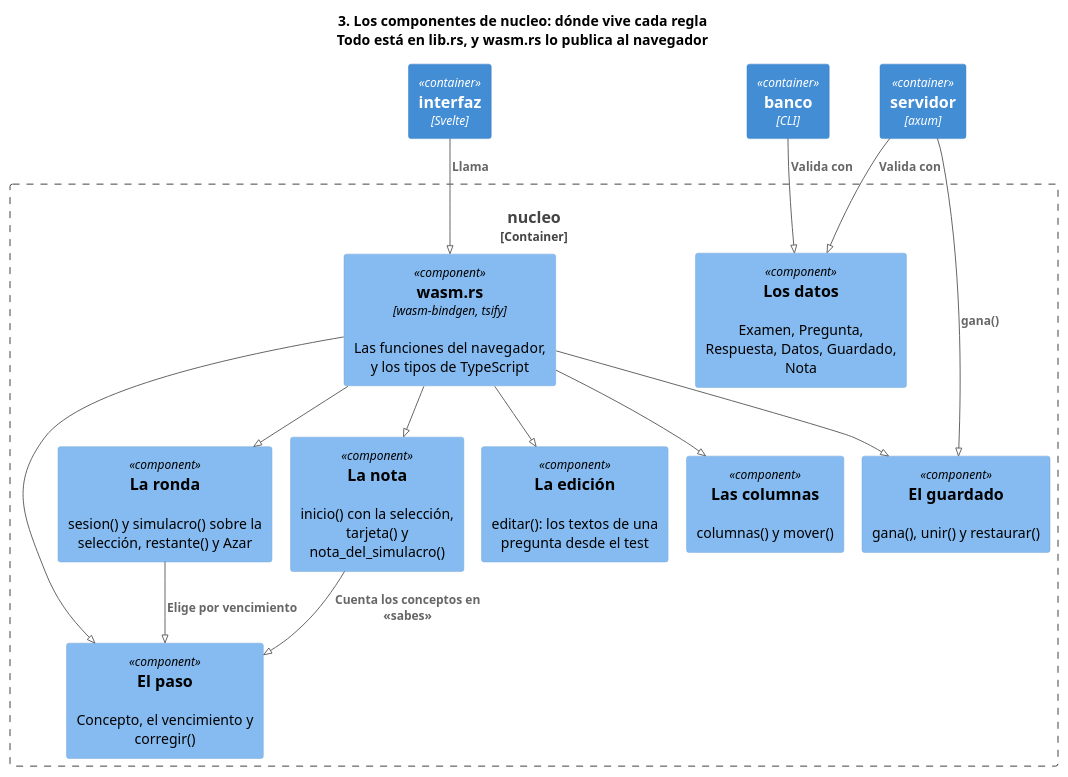
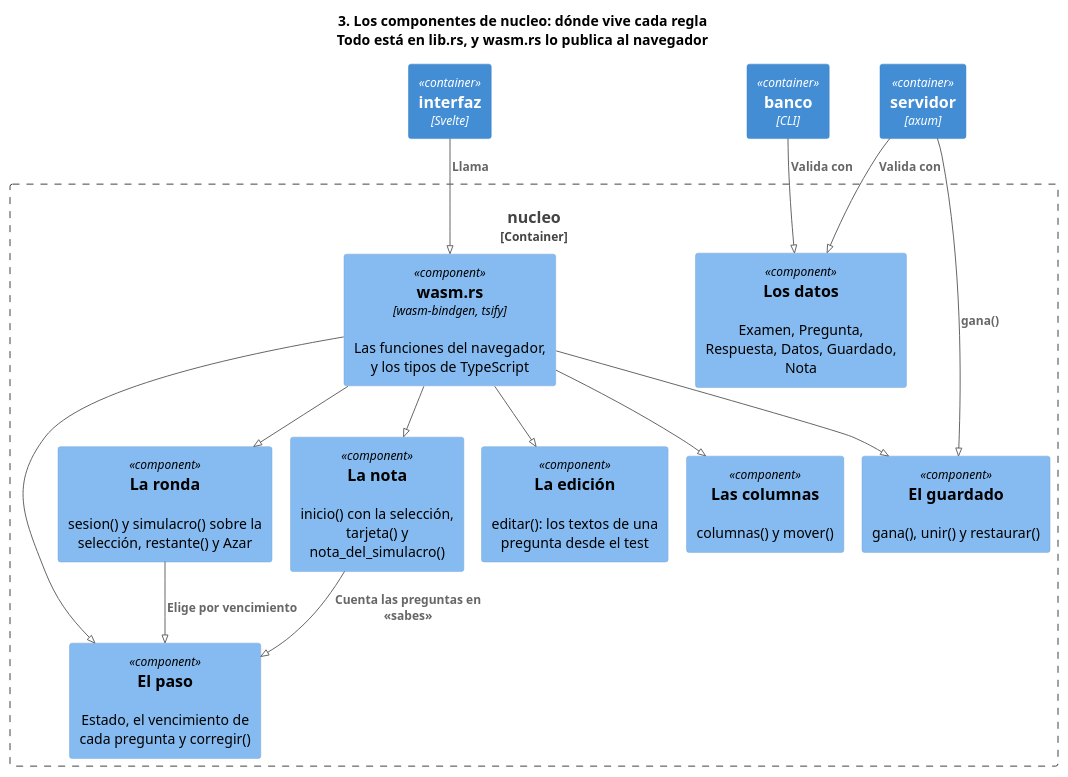
One commit to jfdg01/examenes changed the diagram in docs/diagramas/3-nucleo.puml. Above: the diagram before and after it, drawn with PlantUML. The commit also changed 3 other files, not shown here.

First line of the commit message:
feat: el paso es de la pregunta

```diff
--- a/docs/diagramas/3-nucleo.puml
+++ b/docs/diagramas/3-nucleo.puml
@@ -1,33 +1,33 @@
 @startuml 3-nucleo
 !pragma layout smetana
 !include <C4/C4_Component>
 title 3. Los componentes de nucleo: dónde vive cada regla\nTodo está en lib.rs, y wasm.rs lo publica al navegador
 
 Container(interfaz, "interfaz", "Svelte")
 Container(servidor, "servidor", "axum")
 Container(banco, "banco", "CLI")
 
 Container_Boundary(nucleo, "nucleo") {
   Component(wasm, "wasm.rs", "wasm-bindgen, tsify", "Las funciones del navegador, y los tipos de TypeScript")
   Component(tipos, "Los datos", "", "Examen, Pregunta, Respuesta, Datos, Guardado, Nota")
-  Component(paso, "El paso", "", "Concepto, el vencimiento y corregir()")
+  Component(paso, "El paso", "", "Estado, el vencimiento de cada pregunta y corregir()")
   Component(ronda, "La ronda", "", "sesion() y simulacro() sobre la selección, restante() y Azar")
   Component(guardado, "El guardado", "", "gana(), unir() y restaurar()")
   Component(nota, "La nota", "", "inicio() con la selección, tarjeta() y nota_del_simulacro()")
   Component(edicion, "La edición", "", "editar(): los textos de una pregunta desde el test")
   Component(columnas, "Las columnas", "", "columnas() y mover()")
 }
 
 Rel(interfaz, wasm, "Llama")
 Rel(wasm, paso, "")
 Rel(wasm, ronda, "")
 Rel(wasm, guardado, "")
 Rel(wasm, nota, "")
 Rel(wasm, edicion, "")
 Rel(wasm, columnas, "")
 Rel(ronda, paso, "Elige por vencimiento")
-Rel(nota, paso, "Cuenta los conceptos en «sabes»")
+Rel(nota, paso, "Cuenta las preguntas en «sabes»")
 Rel(servidor, tipos, "Valida con")
 Rel(servidor, guardado, "gana()")
 Rel(banco, tipos, "Valida con")
 @enduml
```
